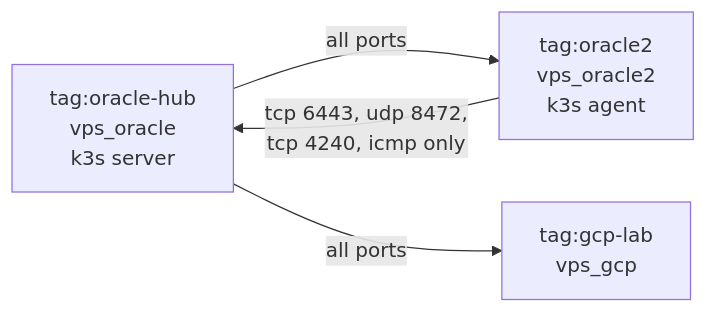
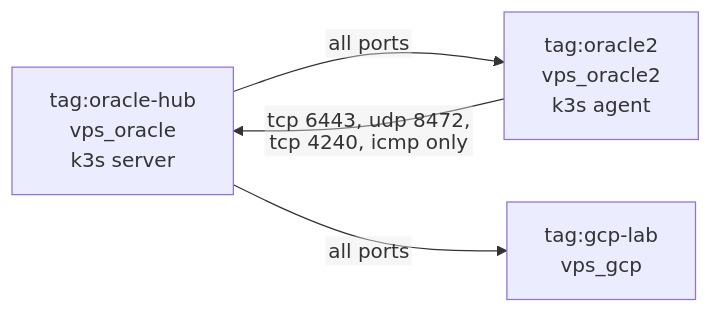
The second of 7 diagrams in docs/deployment-topology/v5.md (Jeromefromcn/docker-gitops), drawn with Mermaid before and after one commit. The commit also changed other lines of this file, not shown here.

Commit message:
docs(deployment-topology): update diagrams to improve clarity and add details on tofu management

````diff
--- a/docs/deployment-topology/v5.md
+++ b/docs/deployment-topology/v5.md
@@ -121,9 +119,10 @@
 ```mermaid
+%%{init: {"flowchart": {"htmlLabels": false, "wrappingWidth": 400}}}%%
 flowchart LR
     hub["tag:oracle-hub<br/>vps_oracle<br/>k3s server"]
     o2["tag:oracle2<br/>vps_oracle2<br/>k3s agent"]
     gcp["tag:gcp-lab<br/>vps_gcp"]
     hub -->|"all ports"| o2
     hub -->|"all ports"| gcp
     o2 -->|"tcp 6443, udp 8472,<br/>tcp 4240, icmp only"| hub
 ```
````
